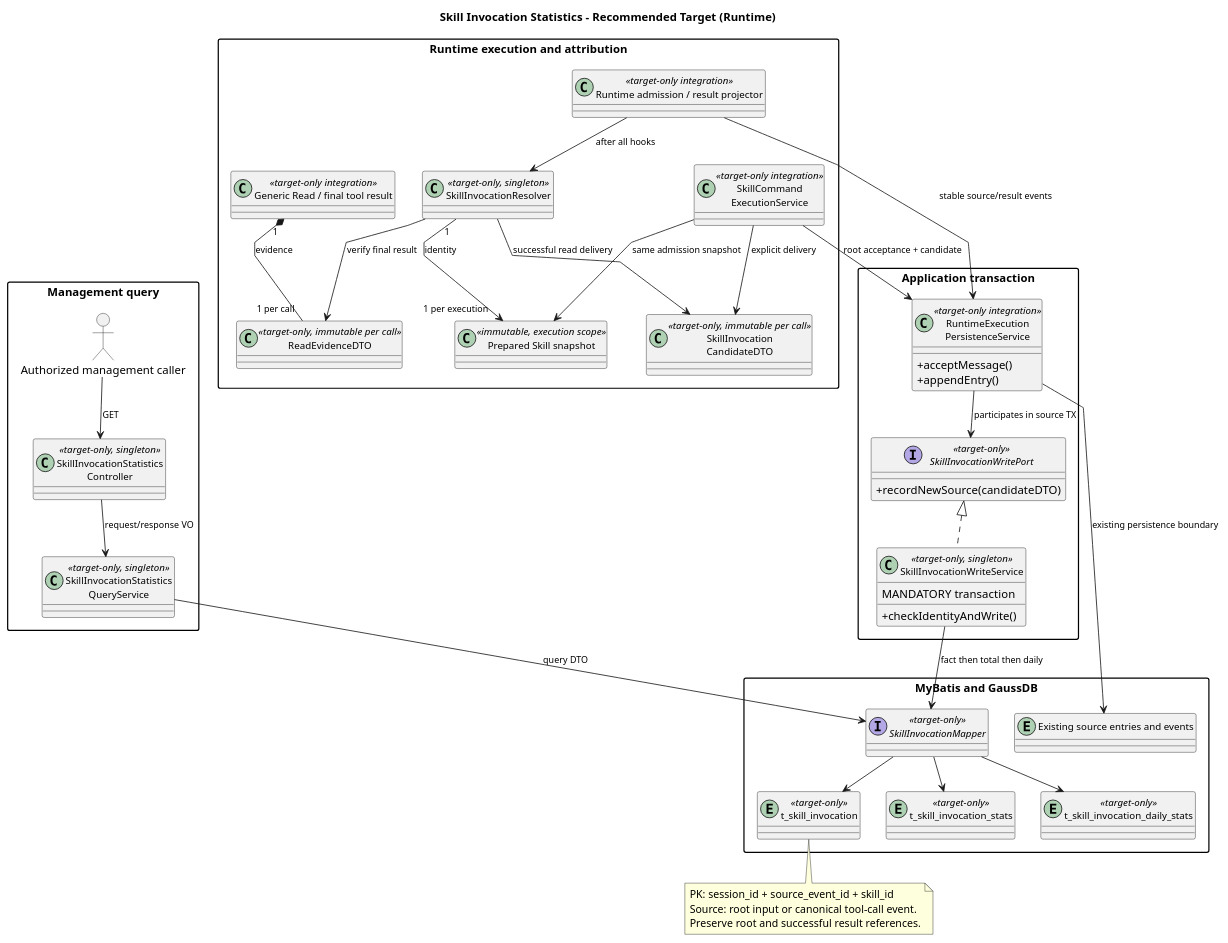
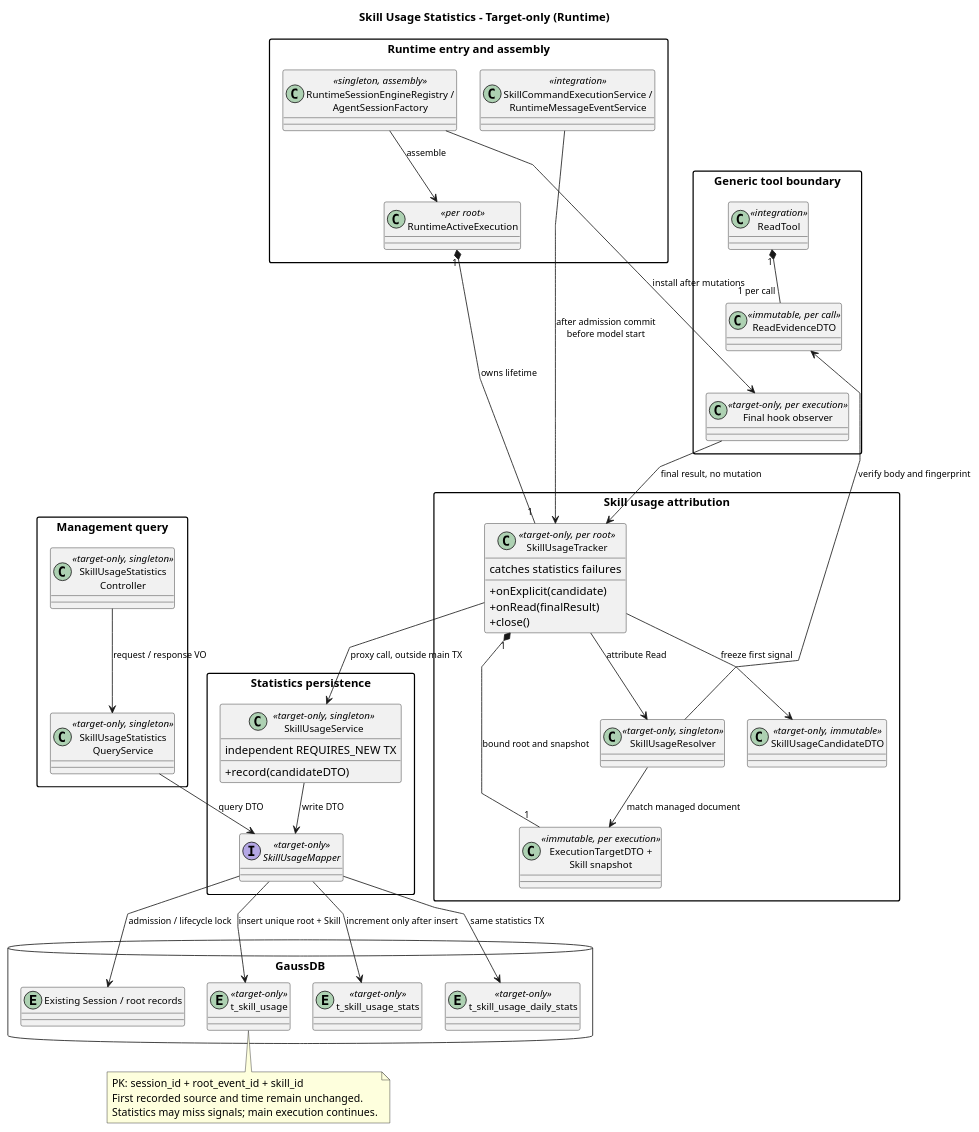
One commit to ssm0808/pi-mono-java-design changed the first of 2 diagrams in 04-命令与技能/03-Skill加载统计/diagram.puml. Above: the diagram before and after it, drawn with PlantUML. The commit also changed other lines of this file and 29 other files, not shown here.

```diff
--- a/04-命令与技能/03-Skill加载统计/diagram.puml
+++ b/04-命令与技能/03-Skill加载统计/diagram.puml
@@ -1,81 +1,88 @@
 @startuml skill_load_statistics_classes
 allowmixing
-' Source evidence: codex d58d0e5841e0de08e251673db2d5af8cf3a1ad51 codex-rs/core/src/skills.rs emit_explicit_skill_invocations
+' Source evidence: Codex d58d0e5841e0de08e251673db2d5af8cf3a1ad51 codex-rs/core/src/skills.rs emit_explicit_skill_invocations
 ' Source evidence: pi 5cd93f688aaab89dbb6dfa4aca535f21796ae185 packages/agent/src/types.ts AgentEvent
-' Source evidence: Java f61906b9136246ca60f333704b6fc92b5420d0ec modules/coding-agent-cli/src/main/java/com/campusclaw/codingagent/runtimeapi/persistence/RuntimeExecutionPersistenceService.java acceptMessage/appendEntry
-' Source evidence: modules/coding-agent-cli/src/main/java/com/campusclaw/codingagent/runtimeapi/event/RuntimeEventProjector.java persistToolResults
-' Observed behavior: Runtime owns root input and tool result persistence; Codex has separate metrics and analytics.
-' Design reason: stable source identity and one transaction align committed delivery with statistics.
-' Java divergence: all new types and integration relationships are target-only; scope is Runtime.
-title Skill Invocation Statistics - Recommended Target (Runtime)
+' Source evidence: Java f61906b9136246ca60f333704b6fc92b5420d0ec modules/coding-agent-cli/src/main/java/com/campusclaw/codingagent/runtimeapi/dto/ExecutionTargetDTO.java
+' Source evidence: modules/coding-agent-cli/src/main/java/com/campusclaw/codingagent/session/AgentSessionFactory.java configureAgent
+' Source evidence: modules/coding-agent-cli/src/main/java/com/campusclaw/codingagent/runtimeapi/event/RuntimeMessageEventService.java accept/startAccepted
+' Observed behavior: Runtime binds a real root after admission; generic hooks can alter tool results.
+' Design reason: one tracker per root unifies signals; statistics failures leave main execution unchanged.
+' Java divergence: all statistics types and integration arrows are target-only; scope is Runtime.
+title Skill Usage Statistics - Target-only (Runtime)
 top to bottom direction
 skinparam shadowing false
 skinparam backgroundColor #FFFFFF
 skinparam linetype polyline
-skinparam nodesep 32
-skinparam ranksep 42
+skinparam nodesep 28
+skinparam ranksep 35
 skinparam classAttributeIconSize 0
 skinparam packageStyle rectangle
 skinparam defaultFontName SansSerif
 skinparam ArrowFontSize 11
 skinparam classFontSize 12
-
+package "Runtime entry and assembly" {
+  class "SkillCommandExecutionService /\nRuntimeMessageEventService" as Command <<integration>>
+  class "RuntimeActiveExecution" as Execution <<per root>>
+  class "RuntimeSessionEngineRegistry /\nAgentSessionFactory" as Factory <<singleton, assembly>>
+}
+package "Generic tool boundary" {
+  class "ReadTool" as Read <<integration>>
+  class "ReadEvidenceDTO" as Evidence <<immutable, per call>>
+  class "Final hook observer" as Observer <<target-only, per execution>>
+}
+package "Skill usage attribution" {
+  class "ExecutionTargetDTO +\nSkill snapshot" as Snapshot <<immutable, per execution>>
+  class "SkillUsageResolver" as Resolver <<target-only, singleton>>
+  class "SkillUsageTracker" as Tracker <<target-only, per root>> {
+    +onExplicit(candidate)
+    +onRead(finalResult)
+    +close()
+    catches statistics failures
+  }
+  class "SkillUsageCandidateDTO" as Candidate <<target-only, immutable>>
+}
 package "Management query" {
-  actor "Authorized management caller" as Caller
-  class "SkillInvocationStatistics\nController" as Controller <<target-only, singleton>>
-  class "SkillInvocationStatistics\nQueryService" as Query <<target-only, singleton>>
+  class "SkillUsageStatistics\nController" as Controller <<target-only, singleton>>
+  class "SkillUsageStatistics\nQueryService" as Query <<target-only, singleton>>
 }
-package "Runtime execution and attribution" {
-  class "SkillCommand\nExecutionService" as Command <<target-only integration>>
-  class "Generic Read / final tool result" as Read <<target-only integration>>
-  class "ReadEvidenceDTO" as Evidence <<target-only, immutable per call>>
-  class "Prepared Skill snapshot" as Snapshot <<immutable, execution scope>>
-  class "SkillInvocationResolver" as Resolver <<target-only, singleton>>
-  class "SkillInvocation\nCandidateDTO" as Candidate <<target-only, immutable per call>>
-  class "Runtime admission / result projector" as Projector <<target-only integration>>
+package "Statistics persistence" {
+  class "SkillUsageService" as Writer <<target-only, singleton>> {
+    +record(candidateDTO)
+    independent REQUIRES_NEW TX
+  }
+  interface "SkillUsageMapper" as Mapper <<target-only>>
 }
-package "Application transaction" {
-  class "RuntimeExecution\nPersistenceService" as Owner <<target-only integration>> {
-    +acceptMessage()
-    +appendEntry()
-  }
-  interface "SkillInvocationWritePort" as Port <<target-only>> {
-    +recordNewSource(candidateDTO)
-  }
-  class "SkillInvocationWriteService" as Writer <<target-only, singleton>> {
-    MANDATORY transaction
-    +checkIdentityAndWrite()
-  }
+database "GaussDB" {
+    entity "Existing Session / root records" as Session
+    entity "t_skill_usage" as Fact <<target-only>>
+    entity "t_skill_usage_stats" as Total <<target-only>>
+    entity "t_skill_usage_daily_stats" as Daily <<target-only>>
 }
-package "MyBatis and GaussDB" {
-  interface "SkillInvocationMapper" as Mapper <<target-only>>
-  entity "Existing source entries and events" as Events
-  entity "t_skill_invocation" as Fact <<target-only>>
-  entity "t_skill_invocation_stats" as Total <<target-only>>
-  entity "t_skill_invocation_daily_stats" as Daily <<target-only>>
-}
-Caller --> Controller : GET
-Controller --> Query : request/response VO
+Factory --> Execution : assemble
+Writer -[hidden]right-> Controller
+Factory -[norank]-> Observer : install after mutations
+Execution "1" *-- "1" Tracker : owns lifetime
+Tracker "1" *-- "1" Snapshot : bound root and snapshot
+Command --> Tracker : after admission commit\nbefore model start
+Read "1" *-- "1 per call" Evidence
+Evidence -[hidden]down-> Observer
+Execution -[hidden]right-> Read
+Observer --> Tracker : final result, no mutation
+Tracker --> Resolver : attribute Read
+Resolver -[norank]-> Evidence : verify body and fingerprint
+Resolver --> Snapshot : match managed document
+Tracker --> Candidate : freeze first signal
+Tracker --> Writer : proxy call, outside main TX
+Controller --> Query : request / response VO
 Query --> Mapper : query DTO
-Command --> Snapshot : same admission snapshot
-Command --> Candidate : explicit delivery
-Read "1" *-- "1 per call" Evidence : evidence
-Resolver --> Evidence : verify final result
-Resolver "1" --> "1 per execution" Snapshot : identity
-Resolver --> Candidate : successful read delivery
-Projector --> Resolver : after all hooks
-Projector --> Owner : stable source/result events
-Command --> Owner : root acceptance + candidate
-Owner --> Port : participates in source TX
-Port <|.. Writer
-Writer --> Mapper : fact then total then daily
-Mapper --> Fact
-Mapper --> Total
-Mapper --> Daily
-Owner --> Events : existing persistence boundary
+Writer --> Mapper : write DTO
+Mapper --> Session : admission / lifecycle lock
+Mapper --> Fact : insert unique root + Skill
+Mapper --> Total : increment only after insert
+Mapper --> Daily : same statistics TX
 note bottom of Fact
-  PK: session_id + source_event_id + skill_id
-  Source: root input or canonical tool-call event.
-  Preserve root and successful result references.
+  PK: session_id + root_event_id + skill_id
+  First recorded source and time remain unchanged.
+  Statistics may miss signals; main execution continues.
 end note
 @enduml
```
